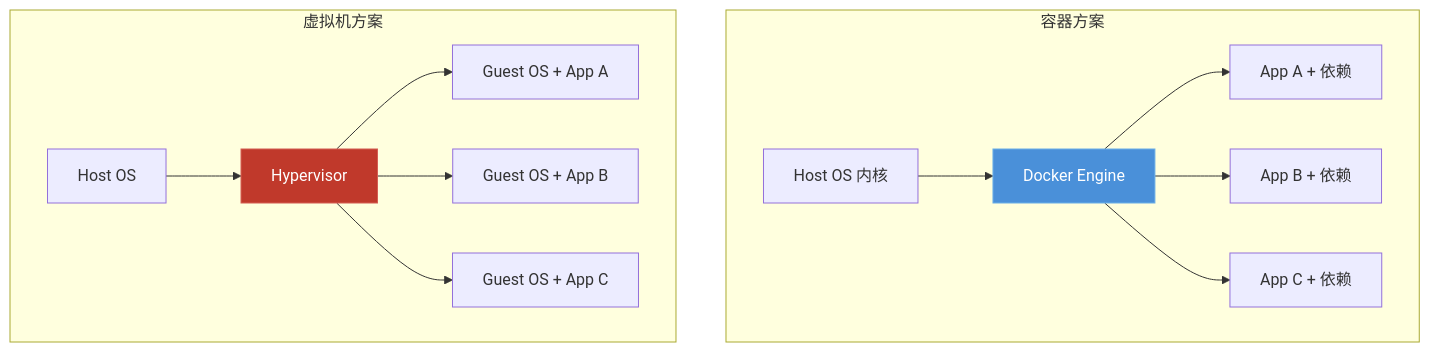
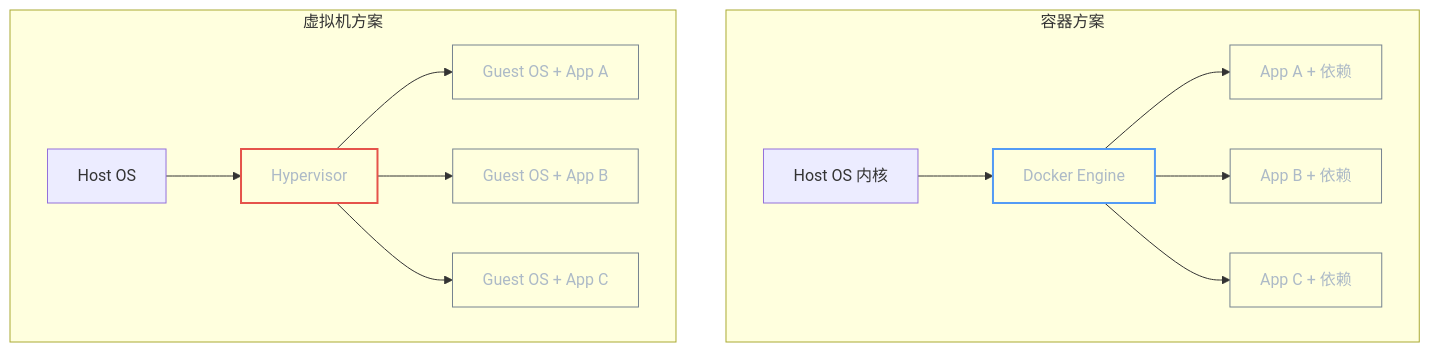
The second of 3 diagrams in docs/topic/docker/basics/index.md (luguosong/programming-notes), drawn with Mermaid before and after one commit. The commit also changed other lines of this file and 8 other files, not shown here.

First line of the commit message:
style: Mermaid 浅/深色模式适配，更新 Docker/OAuth 文档，新增发音练习

````diff
--- a/docs/topic/docker/basics/index.md
+++ b/docs/topic/docker/basics/index.md
@@ -47,19 +53,23 @@
 ``` mermaid
 graph TB
     subgraph 容器方案
         H1[Host OS 内核] --> D1[Docker Engine]
         D1 --> C1[App A + 依赖]
         D1 --> C2[App B + 依赖]
         D1 --> C3[App C + 依赖]
     end
 
     subgraph 虚拟机方案
         H2[Host OS] --> VMM[Hypervisor]
         VMM --> G1[Guest OS + App A]
         VMM --> G2[Guest OS + App B]
         VMM --> G3[Guest OS + App C]
     end
 
-    style D1 fill:#4A90D9,stroke:#6aaee8,color:#fff
-    style VMM fill:#C0392B,stroke:#d45d52,color:#fff
+    classDef engine fill:transparent,stroke:#539bf5,color:#adbac7,stroke-width:2px
+    classDef hypervisor fill:transparent,stroke:#e5534b,color:#adbac7,stroke-width:2px
+    classDef app fill:transparent,stroke:#768390,color:#adbac7,stroke-width:1px
+    class D1 engine
+    class VMM hypervisor
+    class C1,C2,C3,G1,G2,G3 app
 ```
````
